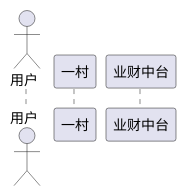
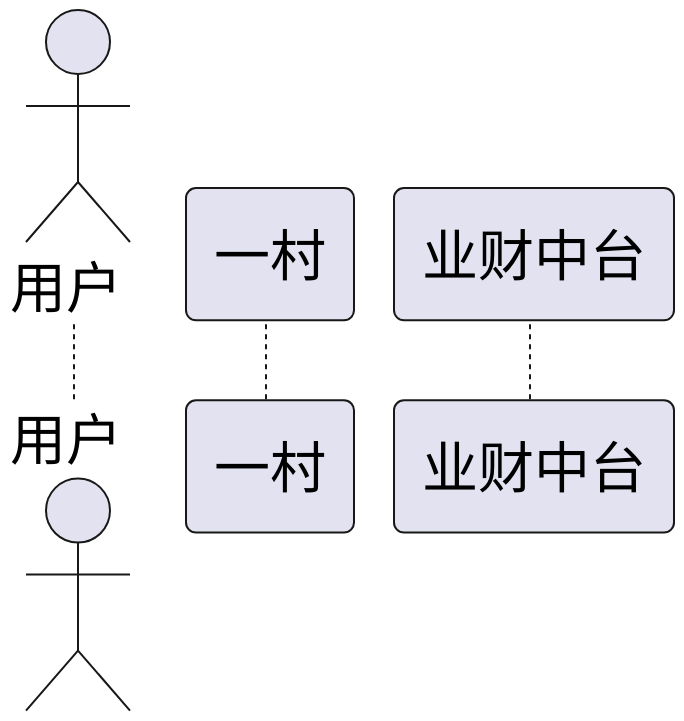
The diagram in plantuml/mainData-sequence.puml (zhaoshg/javatest), drawn with PlantUML before and after one commit. The commit also changed 1 other file, not shown here.

```diff
--- a/plantuml/mainData-sequence.puml
+++ b/plantuml/mainData-sequence.puml
@@ -1,26 +1,27 @@
 @startuml
 'https://plantuml.com/sequence-diagram
+scale 750 width
 
 actor 用户 as user
 participant 一村 as yicun
 participant 业财中台 as zt
-'
-'
+
+
 'user -> yicun : <<编辑主数据>>
 'activate yicun
 'yicun -> zt : 推送主数据
 'activate zt
 'zt -->yicun : 推送结果
 '
 'yicun --> user : 展示结果
 'deactivate yicun
 'zt ->> nc ** : 尝试匹配
 'activate nc
 'alt 匹配成功
 '    nc --> zt : 成功
 'else 匹配失败
 '    nc --> zt : 请人工匹配
 'end
 'deactivate nc
 'deactivate zt
 @enduml
```
